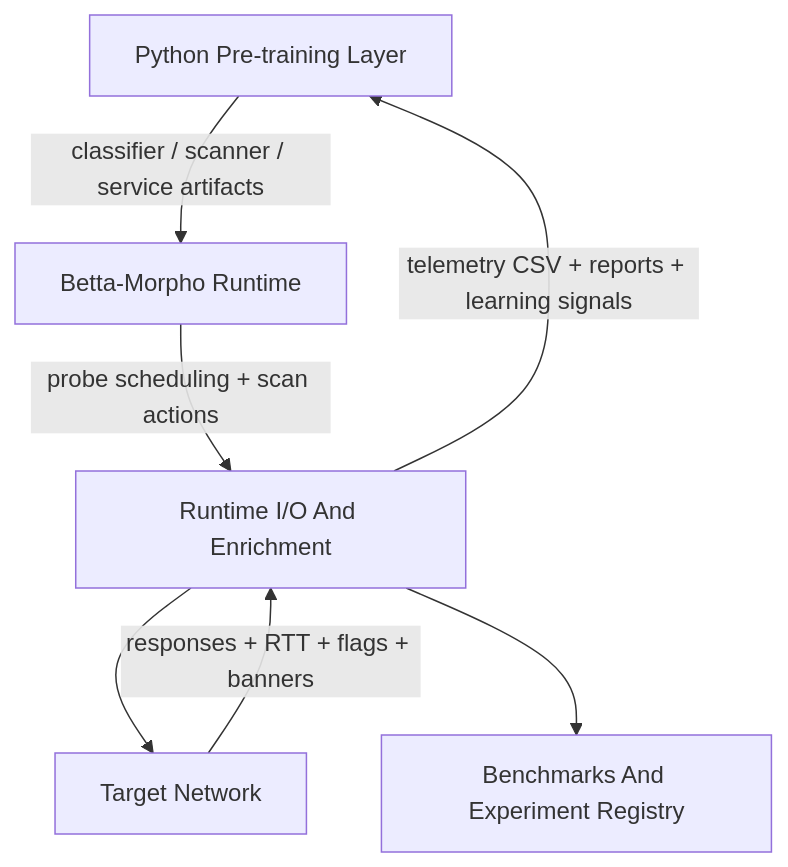
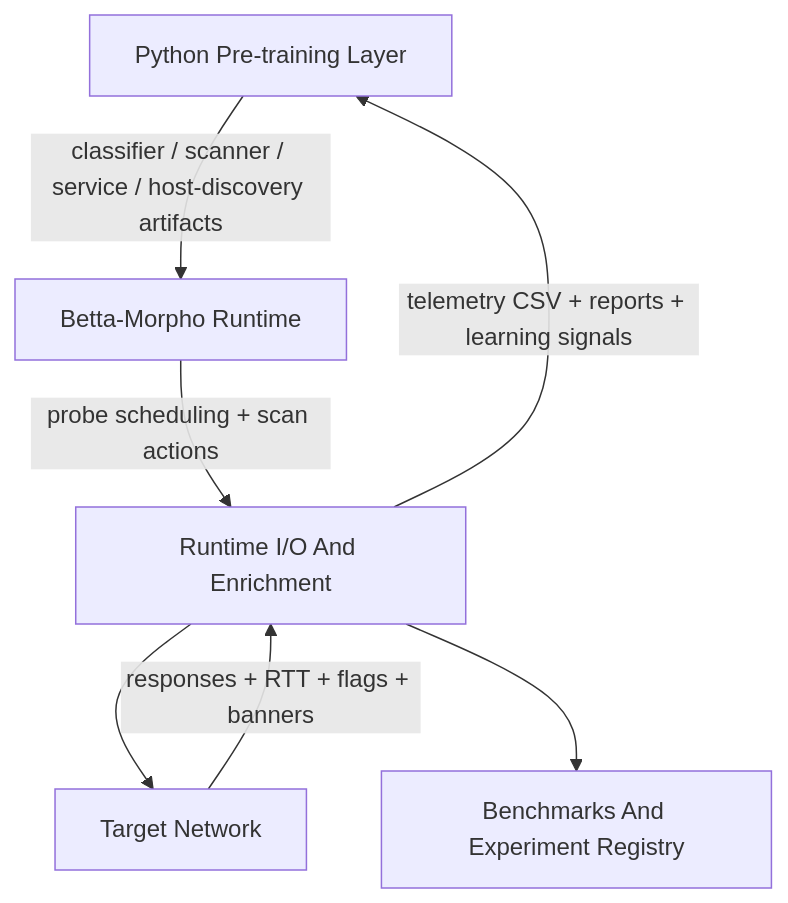
One commit to Vitalii-Khomenko/Projekt-Betta changed the diagram in README.md. Above: the diagram before and after it, drawn with Mermaid. The commit also changed other lines of this file and 24 other files, not shown here.

````diff
--- a/README.md
+++ b/README.md
@@ -21,9 +22,9 @@
 ```mermaid
 graph TD
-  P[Python Pre-training Layer] -->|classifier / scanner / service artifacts| S[Betta-Morpho Runtime]
+  P[Python Pre-training Layer] -->|classifier / scanner / service / host-discovery artifacts| S[Betta-Morpho Runtime]
   S -->|probe scheduling + scan actions| I[Runtime I/O And Enrichment]
   I --> T[Target Network]
   T -->|responses + RTT + flags + banners| I
   I -->|telemetry CSV + reports + learning signals| P
   I --> R[Benchmarks And Experiment Registry]
 ```
````
